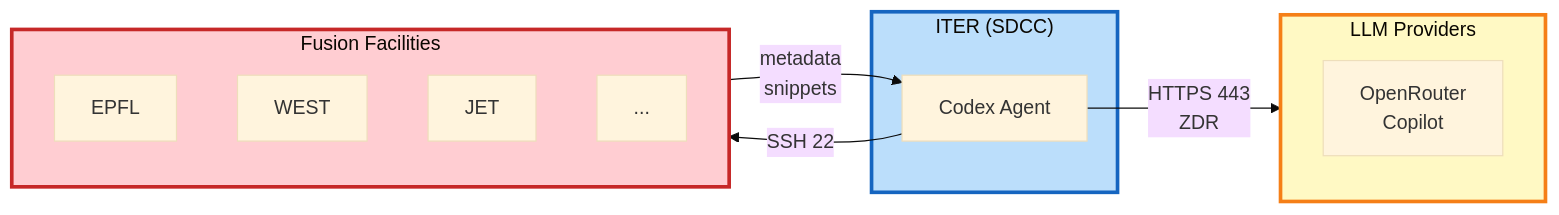
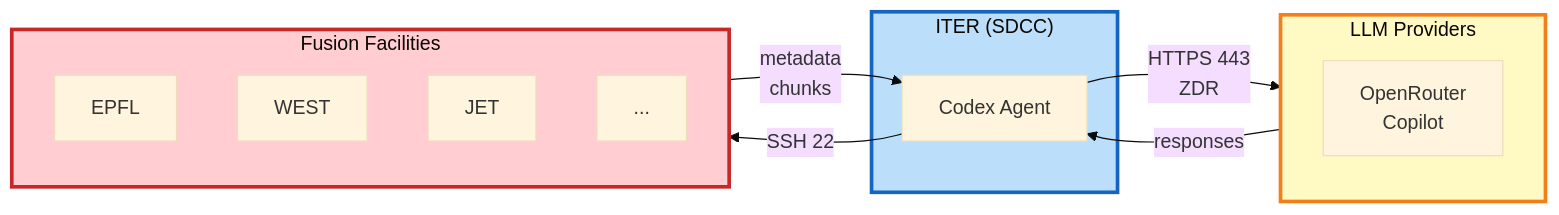
One commit to iterorganization/imas-mcp changed the fourth of 8 diagrams in docs/architecture/facility-access.md. Above: the diagram before and after it, drawn with Mermaid (base theme). The commit also changed other lines of this file, not shown here.

First line of the commit message:
docs: improve facility-access architecture document

````diff
--- a/docs/architecture/facility-access.md
+++ b/docs/architecture/facility-access.md
@@ -193,30 +195,31 @@
 ```mermaid
 flowchart LR
     subgraph LLM_NET["LLM Providers"]
         L["OpenRouter
         Copilot"]
     end
 
     subgraph ITER_NET["ITER (SDCC)"]
         S["Codex Agent"]
     end
     
     subgraph FACILITIES["Fusion Facilities"]
         direction TB
         EPFL["EPFL"]
         WEST["WEST"]
         JET["JET"]
         MORE["..."]
     end
 
+    S -->|"HTTPS 443
+    ZDR"| LLM_NET
+    LLM_NET -->|"responses"| S
+    
     S -->|"SSH 22"| FACILITIES
     FACILITIES -->|"metadata
-    snippets"| S
-    
-    S -->|"HTTPS 443
-    ZDR"| LLM_NET
+    chunks"| S
 
+    style LLM_NET fill:#fff9c4,stroke:#f57f17,stroke-width:3px
     style ITER_NET fill:#bbdefb,stroke:#1565c0,stroke-width:3px
     style FACILITIES fill:#ffcdd2,stroke:#c62828,stroke-width:3px
-    style LLM_NET fill:#fff9c4,stroke:#f57f17,stroke-width:3px
 ```
````
